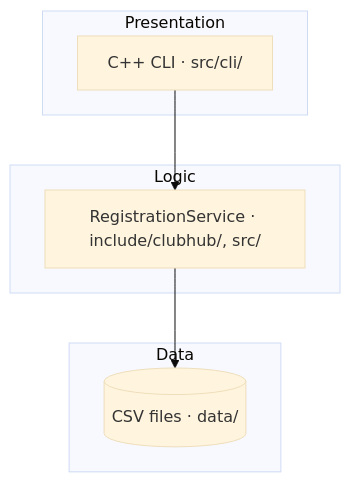
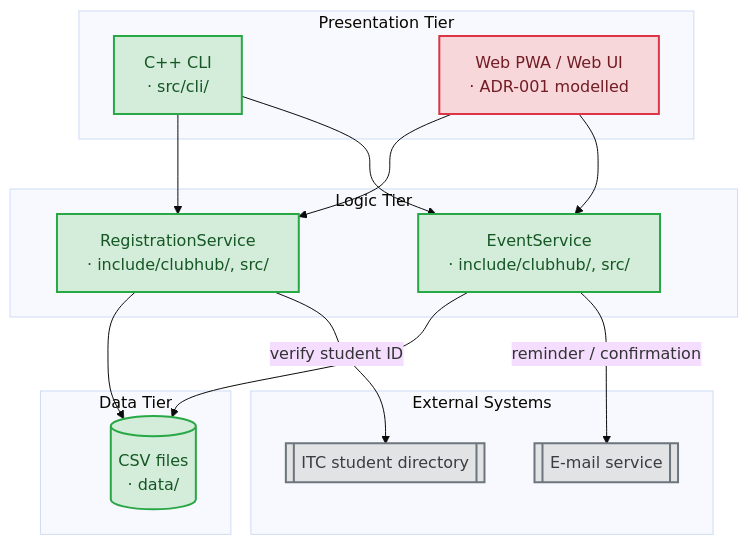
The diagram in lab02/architecture.mmd (KageKishi/clubhub-ISE-4G), drawn with Mermaid (base theme) before and after one commit. The commit also changed 8 other files, not shown here.

```diff
--- a/lab02/architecture.mmd
+++ b/lab02/architecture.mmd
@@ -1,14 +1,37 @@
 flowchart TB
-  subgraph P[Presentation]
-    CLI[C++ CLI · src/cli/]
-    %% TODO: the front ends from ADR-001
-  end
-  subgraph L[Logic]
-    RS[RegistrationService · include/clubhub/, src/]
-  end
-  subgraph D[Data]
-    CSV[(CSV files · data/)]
-  end
-  CLI --> RS
-  RS --> CSV
-  %% TODO: external systems, and mark implemented vs modelled nodes
+    subgraph P [Presentation Tier]
+        CLI[C++ CLI<br/>· src/cli/]:::implemented
+        PWA[Web PWA / Web UI<br/>· ADR-001 modelled]:::modelled
+    end
+
+    subgraph L [Logic Tier]
+        RS[RegistrationService<br/>· include/clubhub/, src/]:::implemented
+        ES[EventService<br/>· include/clubhub/, src/]:::implemented
+    end
+
+    subgraph D [Data Tier]
+        CSV[(CSV files<br/>· data/)]:::implemented
+    end
+
+    subgraph External [External Systems]
+        Email[[E-mail service]]:::external
+        Dir[[ITC student directory]]:::external
+    end
+
+    %% Tier Interconnections
+    CLI --> RS
+    PWA --> RS
+    CLI --> ES
+    PWA --> ES
+
+    RS --> CSV
+    ES --> CSV
+
+    %% Logic calls to external systems
+    ES -->|reminder / confirmation| Email
+    RS -->|verify student ID| Dir
+
+    %% Styling classes
+    classDef implemented fill:#d4edda,stroke:#28a745,stroke-width:2px,color:#155724;
+    classDef modelled fill:#f8d7da,stroke:#dc3545,stroke-width:2px,color:#721c24;
+    classDef external fill:#e2e3e5,stroke:#6c757d,stroke-width:2px,color:#383d41;
```
